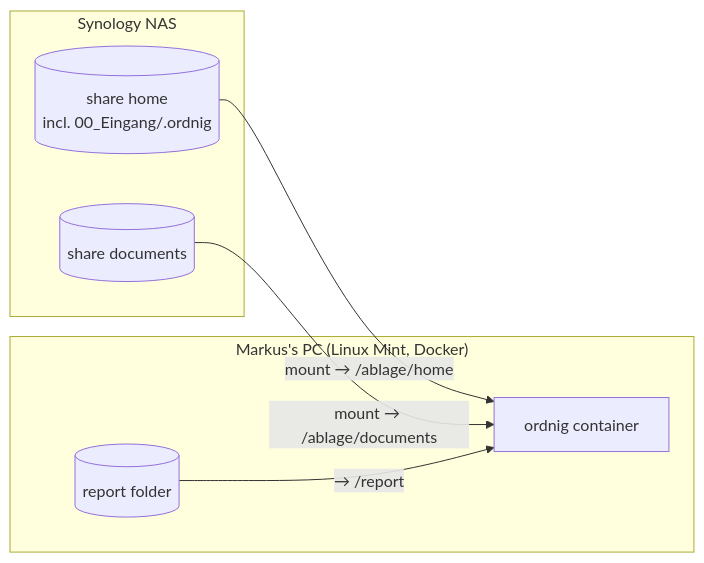
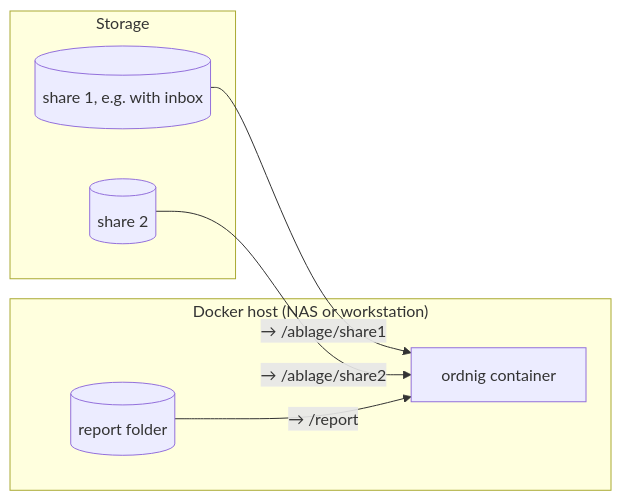
Before and after one commit to Tiliavir/ordnig: the diagram in docs/arc42/07-deployment.md, drawn with Mermaid. The commit also changed other lines of this file and 18 other files, not shown here.

````diff
--- a/docs/arc42/07-deployment.md
+++ b/docs/arc42/07-deployment.md
@@ -3,14 +3,14 @@
 ```mermaid
 flowchart LR
-    subgraph PC["Markus's PC (Linux Mint, Docker)"]
+    subgraph Host["Docker host (NAS or workstation)"]
         O[ordnig container]
         R[(report folder)]
     end
-    subgraph NAS["Synology NAS"]
-        H[(share home\nincl. 00_Eingang/.ordnig)]
-        D[(share documents)]
+    subgraph Storage["Storage"]
+        A1[(share 1, e.g. with inbox)]
+        A2[(share 2)]
     end
-    H -- "mount → /ablage/home" --> O
-    D -- "mount → /ablage/documents" --> O
+    A1 -- "→ /ablage/share1" --> O
+    A2 -- "→ /ablage/share2" --> O
     R -- "→ /report" --> O
 ```
````
